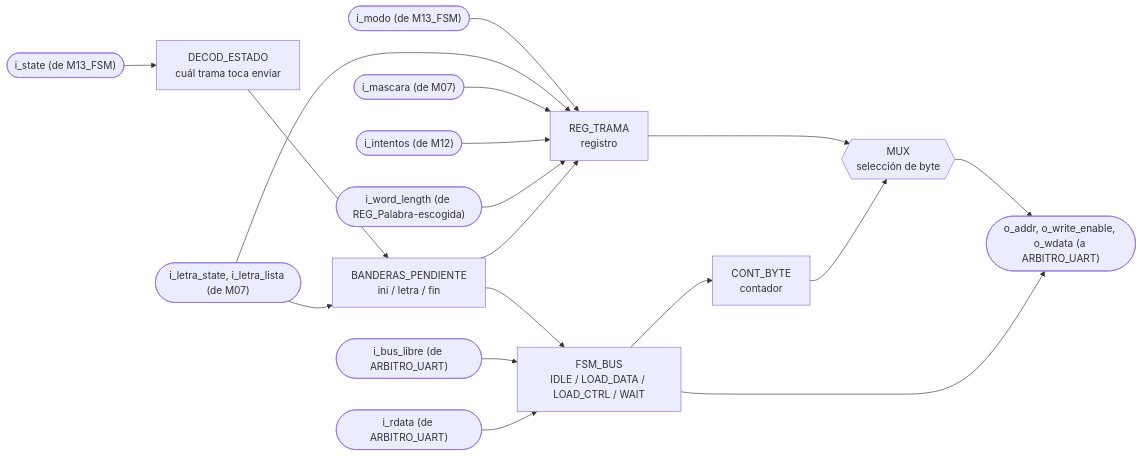
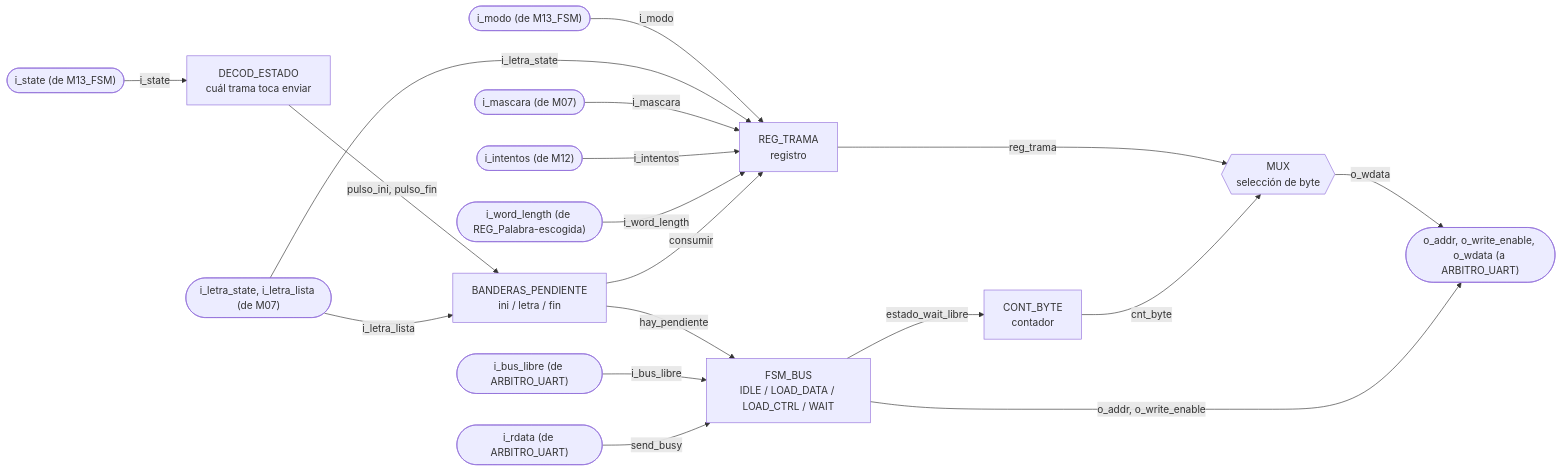
Before and after one commit to Taller-de-diseno-digital-GR01/Proyecto-2-Ahorcado: the first of 2 diagrams in docs/diseño/modulos/M11_Transmisor-UART.md, drawn with Mermaid. The commit also changed 10 other files, not shown here.

````diff
--- a/docs/diseño/modulos/M11_Transmisor-UART.md
+++ b/docs/diseño/modulos/M11_Transmisor-UART.md
@@ -9,20 +9,20 @@
 ```mermaid
 flowchart LR
-    IN_STATE(["i_state (de M13_FSM)"]) --> DEC_ST["DECOD_ESTADO<br/>cuál trama toca enviar"]
-    IN_MODO(["i_modo (de M13_FSM)"]) --> REG_FRAME["REG_TRAMA<br/>registro"]
-    DEC_ST --> PEND["BANDERAS_PENDIENTE<br/>ini / letra / fin"]
-    IN_LST(["i_letra_state, i_letra_lista (de M07)"]) --> PEND
-    IN_LST --> REG_FRAME
-    IN_MASK(["i_mascara (de M07)"]) --> REG_FRAME
-    IN_TRY(["i_intentos (de M12)"]) --> REG_FRAME
-    IN_LEN(["i_word_length (de REG_Palabra-escogida)"]) --> REG_FRAME
-    PEND --> FSM["FSM_BUS<br/>IDLE / LOAD_DATA / LOAD_CTRL / WAIT"]
-    IN_LIBRE(["i_bus_libre (de ARBITRO_UART)"]) --> FSM
-    IN_RD(["i_rdata (de ARBITRO_UART)"]) --> FSM
-    PEND --> REG_FRAME
-    REG_FRAME --> MUX1{{"MUX<br/>selección de byte"}}
-    CNT_BYTE["CONT_BYTE<br/>contador"] --> MUX1
-    FSM --> CNT_BYTE
-    MUX1 --> OUT_BUS(["o_addr, o_write_enable, o_wdata (a ARBITRO_UART)"])
-    FSM --> OUT_BUS
+    IN_STATE(["i_state (de M13_FSM)"]) -->|i_state| DEC_ST["DECOD_ESTADO<br/>cuál trama toca enviar"]
+    IN_MODO(["i_modo (de M13_FSM)"]) -->|i_modo| REG_FRAME["REG_TRAMA<br/>registro"]
+    DEC_ST -->|"pulso_ini, pulso_fin"| PEND["BANDERAS_PENDIENTE<br/>ini / letra / fin"]
+    IN_LST(["i_letra_state, i_letra_lista (de M07)"]) -->|i_letra_lista| PEND
+    IN_LST -->|i_letra_state| REG_FRAME
+    IN_MASK(["i_mascara (de M07)"]) -->|i_mascara| REG_FRAME
+    IN_TRY(["i_intentos (de M12)"]) -->|i_intentos| REG_FRAME
+    IN_LEN(["i_word_length (de REG_Palabra-escogida)"]) -->|i_word_length| REG_FRAME
+    PEND -->|hay_pendiente| FSM["FSM_BUS<br/>IDLE / LOAD_DATA / LOAD_CTRL / WAIT"]
+    IN_LIBRE(["i_bus_libre (de ARBITRO_UART)"]) -->|i_bus_libre| FSM
+    IN_RD(["i_rdata (de ARBITRO_UART)"]) -->|send_busy| FSM
+    PEND -->|consumir| REG_FRAME
+    REG_FRAME -->|reg_trama| MUX1{{"MUX<br/>selección de byte"}}
+    CNT_BYTE["CONT_BYTE<br/>contador"] -->|cnt_byte| MUX1
+    FSM -->|estado_wait_libre| CNT_BYTE
+    MUX1 -->|o_wdata| OUT_BUS(["o_addr, o_write_enable, o_wdata (a ARBITRO_UART)"])
+    FSM -->|"o_addr, o_write_enable"| OUT_BUS
 ```
````
